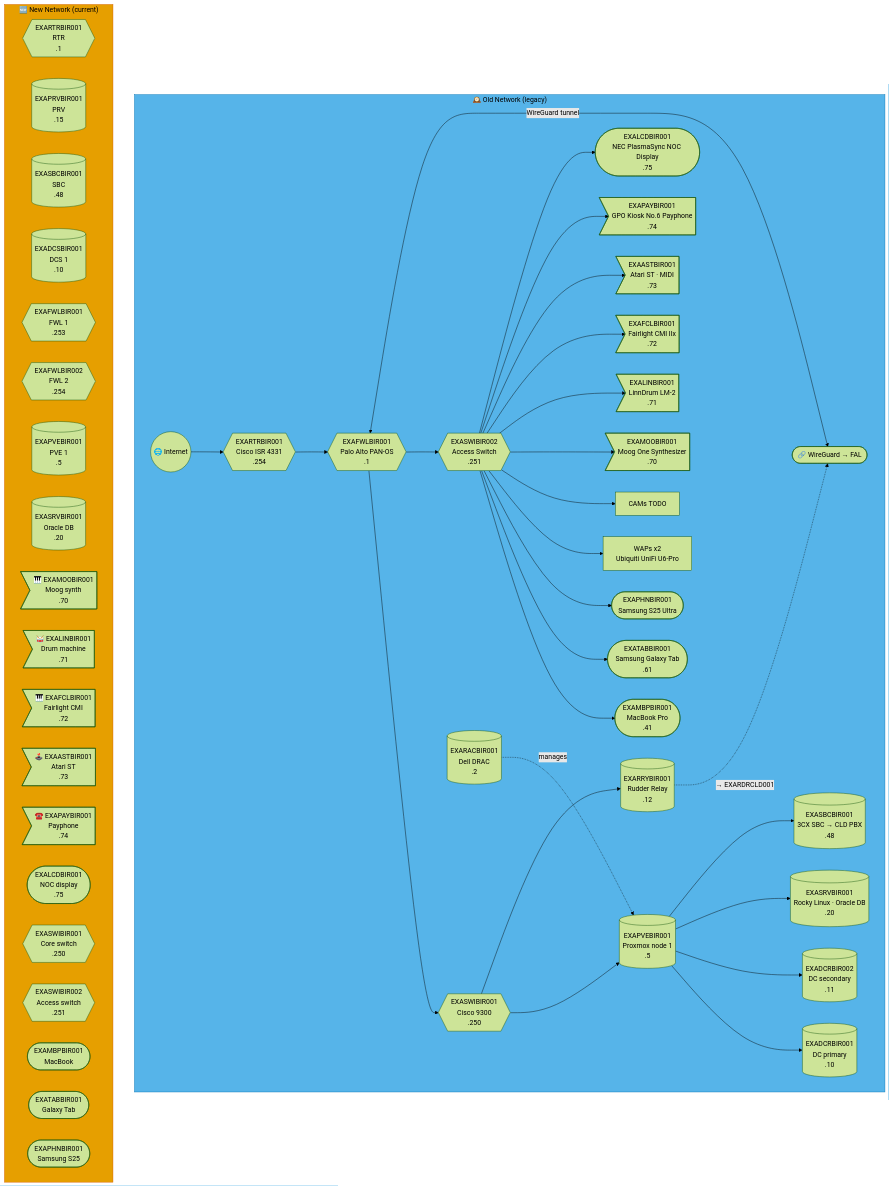
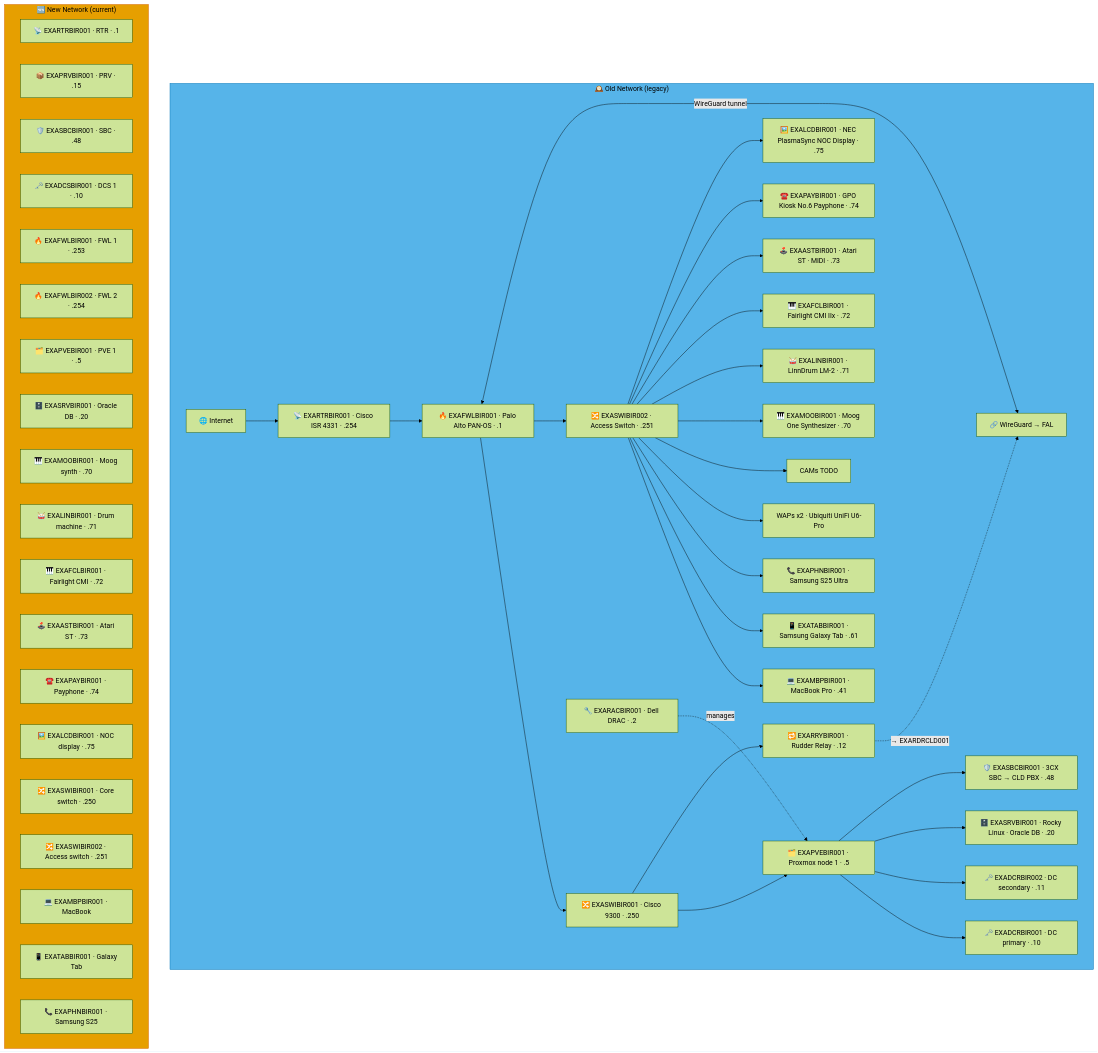
Before and after one commit to knightmare2600/example_music_infra: the tenth of 51 diagrams in docs/network-diagram.md, drawn with Mermaid (forest theme). The commit also changed other lines of this file and 5 other files, not shown here.

````diff
--- a/docs/network-diagram.md
+++ b/docs/network-diagram.md
@@ -772,64 +773,64 @@
 ```mermaid
 graph TD
     subgraph OLD_BIR ["🕰️ Old Network (legacy)"]
-      INET(("🌐 Internet"))
-      FWL{{"EXAFWLBIR001<br/>Palo Alto PAN-OS<br/>.1"}}
-      SW1{{"EXASWIBIR001<br/>Cisco 9300<br/>.250"}}
-      SW2{{"EXASWIBIR002<br/>Access Switch<br/>.251"}}
-      RTR{{"EXARTRBIR001<br/>Cisco ISR 4331<br/>.254"}}
-      RAC[("EXARACBIR001<br/>Dell DRAC<br/>.2")]
-      PVE[("EXAPVEBIR001<br/>Proxmox node 1<br/>.5")]
-      DC1[("EXADCRBIR001<br/>DC primary<br/>.10")]
-      DC2[("EXADCRBIR002<br/>DC secondary<br/>.11")]
-      SRV[("EXASRVBIR001<br/>Rocky Linux · Oracle DB<br/>.20")]
-      SBC[("EXASBCBIR001<br/>3CX SBC → CLD PBX<br/>.48")]
-      RRY[("EXARRYBIR001<br/>Rudder Relay<br/>.12")]
-      MBP(["EXAMBPBIR001<br/>MacBook Pro<br/>.41"])
-      TAB(["EXATABBIR001<br/>Samsung Galaxy Tab<br/>.61"])
-      PHN(["EXAPHNBIR001<br/>Samsung S25 Ultra"])
-      WAP["WAPs x2<br/>Ubiquiti UniFi U6-Pro"]
+      INET["🌐 Internet"]
+      FWL["🔥 EXAFWLBIR001 · Palo Alto PAN-OS · .1"]
+      SW1["🔀 EXASWIBIR001 · Cisco 9300 · .250"]
+      SW2["🔀 EXASWIBIR002 · Access Switch · .251"]
+      RTR["📡 EXARTRBIR001 · Cisco ISR 4331 · .254"]
+      RAC["🔧 EXARACBIR001 · Dell DRAC · .2"]
+      PVE["🗂️ EXAPVEBIR001 · Proxmox node 1 · .5"]
+      DC1["🗝️ EXADCRBIR001 · DC primary · .10"]
+      DC2["🗝️ EXADCRBIR002 · DC secondary · .11"]
+      SRV["🗄️ EXASRVBIR001 · Rocky Linux · Oracle DB · .20"]
+      SBC["🛡️ EXASBCBIR001 · 3CX SBC → CLD PBX · .48"]
+      RRY["🔁 EXARRYBIR001 · Rudder Relay · .12"]
+      MBP["💻 EXAMBPBIR001 · MacBook Pro · .41"]
+      TAB["📱 EXATABBIR001 · Samsung Galaxy Tab · .61"]
+      PHN["📞 EXAPHNBIR001 · Samsung S25 Ultra"]
+      WAP["WAPs x2 · Ubiquiti UniFi U6-Pro"]
       CAM["CAMs TODO"]
-      MOO>"EXAMOOBIR001<br/>Moog One Synthesizer<br/>.70"]
-      LIN>"EXALINBIR001<br/>LinnDrum LM-2<br/>.71"]
-      FCL>"EXAFCLBIR001<br/>Fairlight CMI IIx<br/>.72"]
-      AST>"EXAASTBIR001<br/>Atari ST · MIDI<br/>.73"]
-      PAY>"EXAPAYBIR001<br/>GPO Kiosk No.6 Payphone<br/>.74"]
-      LCD(["EXALCDBIR001<br/>NEC PlasmaSync NOC Display<br/>.75"])
-      VPN(["🔗 WireGuard → FAL"])
+      MOO["🎹 EXAMOOBIR001 · Moog One Synthesizer · .70"]
+      LIN["🥁 EXALINBIR001 · LinnDrum LM-2 · .71"]
+      FCL["🎹 EXAFCLBIR001 · Fairlight CMI IIx · .72"]
+      AST["🕹️ EXAASTBIR001 · Atari ST · MIDI · .73"]
+      PAY["☎️ EXAPAYBIR001 · GPO Kiosk No.6 Payphone · .74"]
+      LCD["🖼️ EXALCDBIR001 · NEC PlasmaSync NOC Display · .75"]
+      VPN["🔗 WireGuard → FAL"]
 
       INET --> RTR --> FWL --> SW1 & SW2
       SW1 --> PVE --> DC1 & DC2 & SRV & SBC
       RAC -.->|"manages"| PVE
       SW2 --> MBP & TAB & PHN & WAP & CAM
       SW2 --> MOO & LIN & FCL & AST & PAY & LCD
       FWL <-->|"WireGuard tunnel"| VPN
 
       SW1 --> RRY
       RRY -. "→ EXARDRCLD001" .-> VPN
     end
     style OLD_BIR fill:#56B4E9,stroke:#0072B2,color:#000000
     %% GENERATED:NEW-NETWORK:BIR:START
     subgraph NEW_BIR ["🆕 New Network (current)"]
-      N_RTR{{"EXARTRBIR001<br/>RTR<br/>.1"}}
-      N_PRV[("EXAPRVBIR001<br/>PRV<br/>.15")]
-      N_SBC[("EXASBCBIR001<br/>SBC<br/>.48")]
-      N_DCS[("EXADCSBIR001<br/>DCS 1<br/>.10")]
-      N_FWL{{"EXAFWLBIR001<br/>FWL 1<br/>.253"}}
-      N_FWL2{{"EXAFWLBIR002<br/>FWL 2<br/>.254"}}
-      N_PVE[("EXAPVEBIR001<br/>PVE 1<br/>.5")]
-      N_SRV[("EXASRVBIR001<br/>Oracle DB<br/>.20")]
-      N_MOO>"🎹 EXAMOOBIR001<br/>Moog synth<br/>.70"]
-      N_LIN>"🥁 EXALINBIR001<br/>Drum machine<br/>.71"]
-      N_FCL>"🎹 EXAFCLBIR001<br/>Fairlight CMI<br/>.72"]
-      N_AST>"🕹️ EXAASTBIR001<br/>Atari ST<br/>.73"]
-      N_PAY>"☎️ EXAPAYBIR001<br/>Payphone<br/>.74"]
-      N_LCD(["EXALCDBIR001<br/>NOC display<br/>.75"])
-      N_SWI{{"EXASWIBIR001<br/>Core switch<br/>.250"}}
-      N_SWI2{{"EXASWIBIR002<br/>Access switch<br/>.251"}}
-      N_MBP(["EXAMBPBIR001<br/>MacBook"])
-      N_TAB(["EXATABBIR001<br/>Galaxy Tab"])
-      N_PHN(["EXAPHNBIR001<br/>Samsung S25"])
+      N_RTR["📡 EXARTRBIR001 · RTR · .1"]
+      N_PRV["📦 EXAPRVBIR001 · PRV · .15"]
+      N_SBC["🛡️ EXASBCBIR001 · SBC · .48"]
+      N_DCS["🗝️ EXADCSBIR001 · DCS 1 · .10"]
+      N_FWL["🔥 EXAFWLBIR001 · FWL 1 · .253"]
+      N_FWL2["🔥 EXAFWLBIR002 · FWL 2 · .254"]
+      N_PVE["🗂️ EXAPVEBIR001 · PVE 1 · .5"]
+      N_SRV["🗄️ EXASRVBIR001 · Oracle DB · .20"]
+      N_MOO["🎹 EXAMOOBIR001 · Moog synth · .70"]
+      N_LIN["🥁 EXALINBIR001 · Drum machine · .71"]
+      N_FCL["🎹 EXAFCLBIR001 · Fairlight CMI · .72"]
+      N_AST["🕹️ EXAASTBIR001 · Atari ST · .73"]
+      N_PAY["☎️ EXAPAYBIR001 · Payphone · .74"]
+      N_LCD["🖼️ EXALCDBIR001 · NOC display · .75"]
+      N_SWI["🔀 EXASWIBIR001 · Core switch · .250"]
+      N_SWI2["🔀 EXASWIBIR002 · Access switch · .251"]
+      N_MBP["💻 EXAMBPBIR001 · MacBook"]
+      N_TAB["📱 EXATABBIR001 · Galaxy Tab"]
+      N_PHN["📞 EXAPHNBIR001 · Samsung S25"]
     end
     style NEW_BIR fill:#E69F00,stroke:#D55E00,color:#000000
     %% GENERATED:NEW-NETWORK:BIR:END
 ```
````
